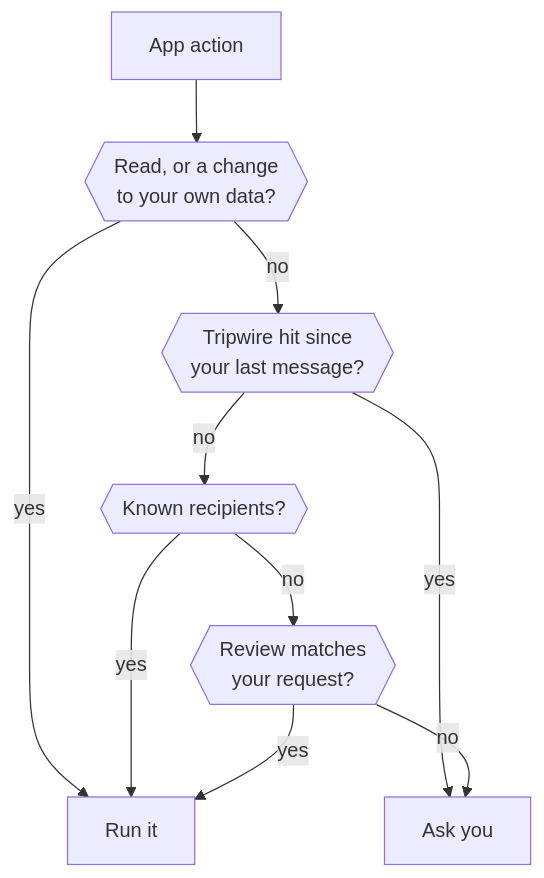
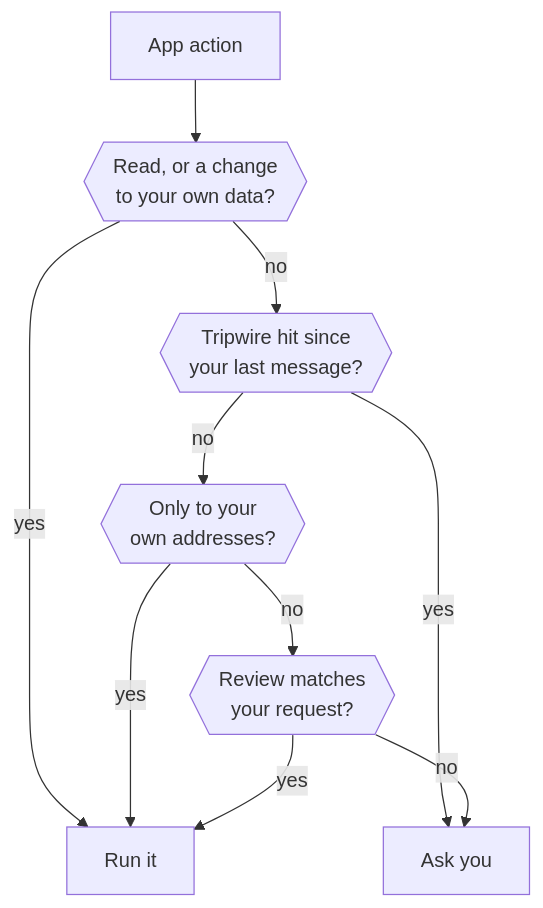
One commit to n8n-io/nod changed the first of 2 diagrams in docs/src/content/docs/trust/approvals.mdx. Above: the diagram before and after it, drawn with Mermaid. The commit also changed other lines of this file and 6 other files, not shown here.

````diff
--- a/docs/src/content/docs/trust/approvals.mdx
+++ b/docs/src/content/docs/trust/approvals.mdx
@@ -33,12 +35,12 @@
 ```mermaid
 flowchart TD
   action[App action] --> kind{{Read, or a change<br/>to your own data?}}
   kind -- yes --> run[Run it]:::go
   kind -- no --> flag{{Tripwire hit since<br/>your last message?}}
   flag -- yes --> ask[Ask you]:::accent
-  flag -- no --> known{{Known recipients?}}
-  known -- yes --> run
-  known -- no --> review{{Review matches<br/>your request?}}
+  flag -- no --> own{{Only to your<br/>own addresses?}}
+  own -- yes --> run
+  own -- no --> review{{Review matches<br/>your request?}}
   review -- yes --> run
   review -- no --> ask
 ```
````
